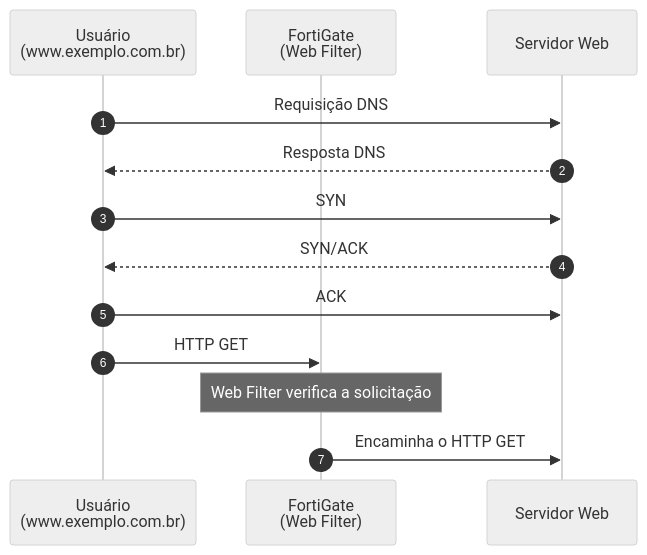
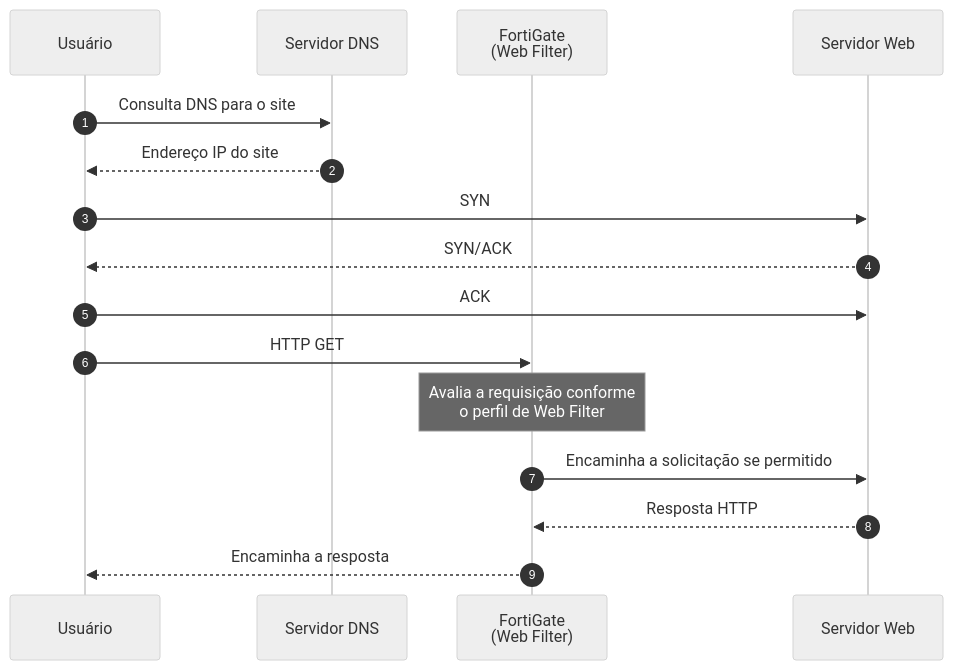
The first of 2 diagrams in 3. Fortinet/3. Conceitos - FortiGate/3.5. Filtro de conteudo/3.5.3 Web Filtering.md (AlexPiresFerreira/Network-Security), drawn with Mermaid (neutral theme) before and after one commit. The commit also changed other lines of this file and 1 other file, not shown here.

````diff
--- a/3. Fortinet/3. Conceitos - FortiGate/3.5. Filtro de conteudo/3.5.3 Web Filtering.md
+++ b/3. Fortinet/3. Conceitos - FortiGate/3.5. Filtro de conteudo/3.5.3 Web Filtering.md
@@ -66,18 +67,21 @@
 ```mermaid
 sequenceDiagram
     autonumber
-    participant U as Usuário<br/>(www.exemplo.com.br)
+    participant U as Usuário
+    participant DNS as Servidor DNS
     participant FGT as FortiGate<br/>(Web Filter)
     participant WEB as Servidor Web
 
-    U->>WEB: Requisição DNS
-    WEB-->>U: Resposta DNS
+    U->>DNS: Consulta DNS para o site
+    DNS-->>U: Endereço IP do site
 
     U->>WEB: SYN
     WEB-->>U: SYN/ACK
     U->>WEB: ACK
 
     U->>FGT: HTTP GET
-    Note over FGT: Web Filter verifica a solicitação
-    FGT->>WEB: Encaminha o HTTP GET
+    Note over FGT: Avalia a requisição conforme<br/>o perfil de Web Filter
+    FGT->>WEB: Encaminha a solicitação se permitido
+    WEB-->>FGT: Resposta HTTP
+    FGT-->>U: Encaminha a resposta
 ```
````
